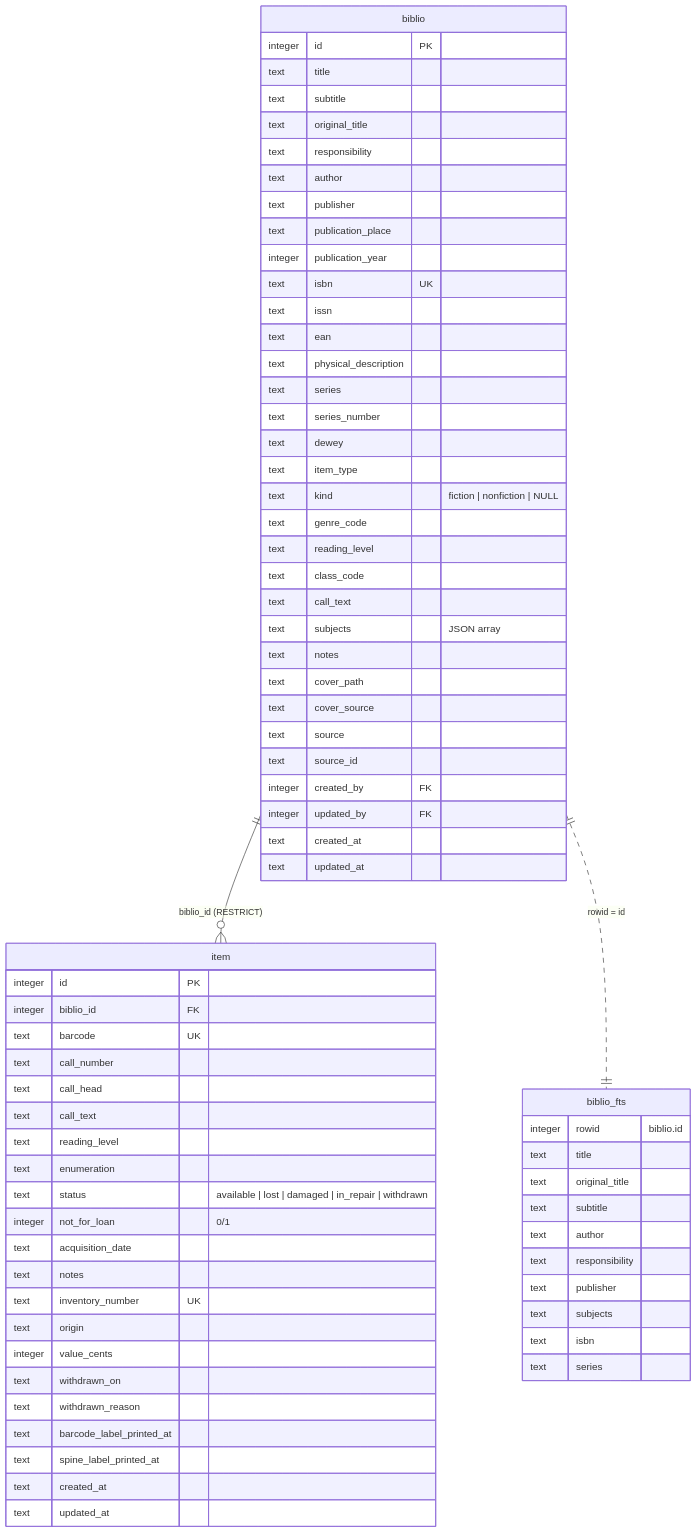
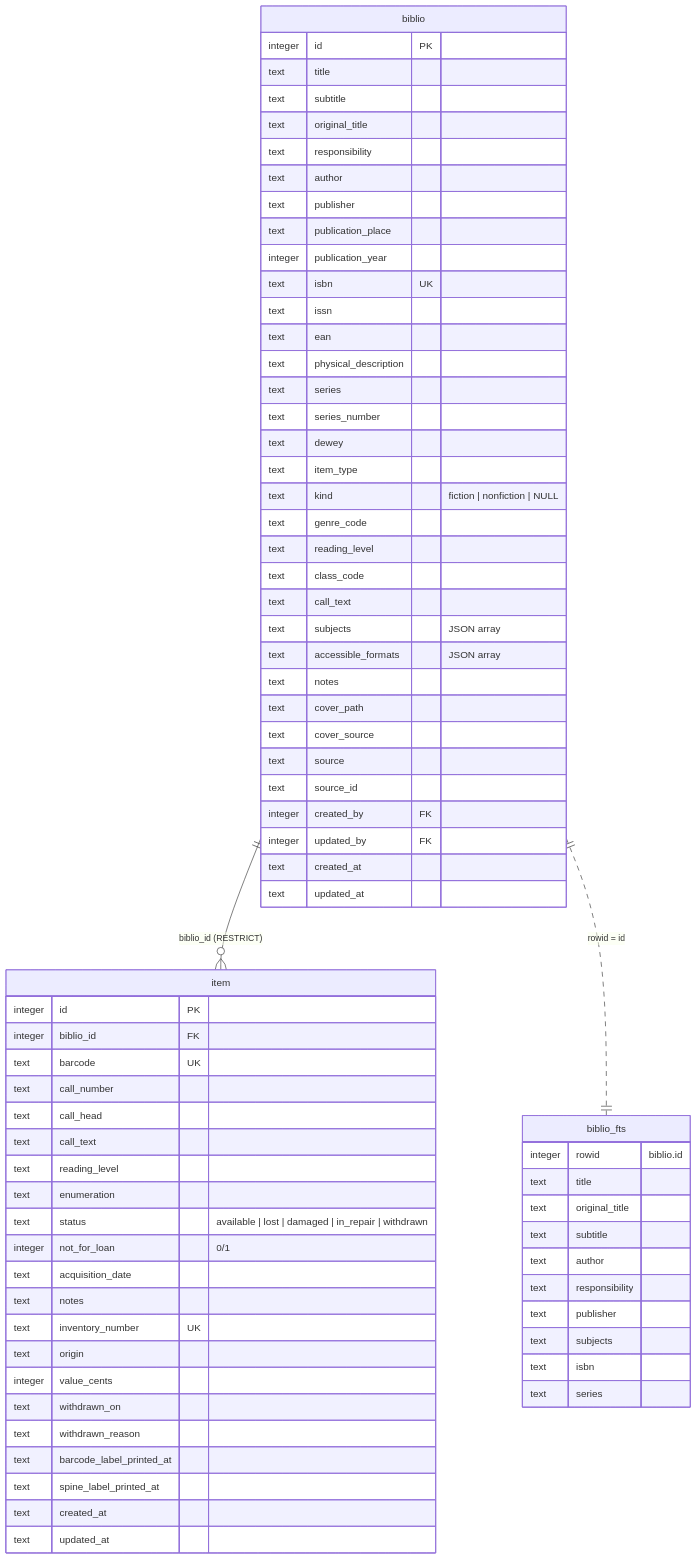
The second of 8 diagrams in docs/database.md (itotm/biblioviva), drawn with Mermaid before and after one commit. The commit also changed other lines of this file and 61 other files, not shown here.

````diff
--- a/docs/database.md
+++ b/docs/database.md
@@ -110,74 +110,75 @@
 ```mermaid
 erDiagram
     biblio ||--o{ item : "biblio_id (RESTRICT)"
     biblio ||..|| biblio_fts : "rowid = id"
     biblio {
         integer id PK
         text title
         text subtitle
         text original_title
         text responsibility
         text author
         text publisher
         text publication_place
         integer publication_year
         text isbn UK
         text issn
         text ean
         text physical_description
         text series
         text series_number
         text dewey
         text item_type
         text kind "fiction | nonfiction | NULL"
         text genre_code
         text reading_level
         text class_code
         text call_text
         text subjects "JSON array"
+        text accessible_formats "JSON array"
         text notes
         text cover_path
         text cover_source
         text source
         text source_id
         integer created_by FK
         integer updated_by FK
         text created_at
         text updated_at
     }
     item {
         integer id PK
         integer biblio_id FK
         text barcode UK
         text call_number
         text call_head
         text call_text
         text reading_level
         text enumeration
         text status "available | lost | damaged | in_repair | withdrawn"
         integer not_for_loan "0/1"
         text acquisition_date
         text notes
         text inventory_number UK
         text origin
         integer value_cents
         text withdrawn_on
         text withdrawn_reason
         text barcode_label_printed_at
         text spine_label_printed_at
         text created_at
         text updated_at
     }
     biblio_fts {
         integer rowid "biblio.id"
         text title
         text original_title
         text subtitle
         text author
         text responsibility
         text publisher
         text subjects
         text isbn
         text series
     }
 ```
````
